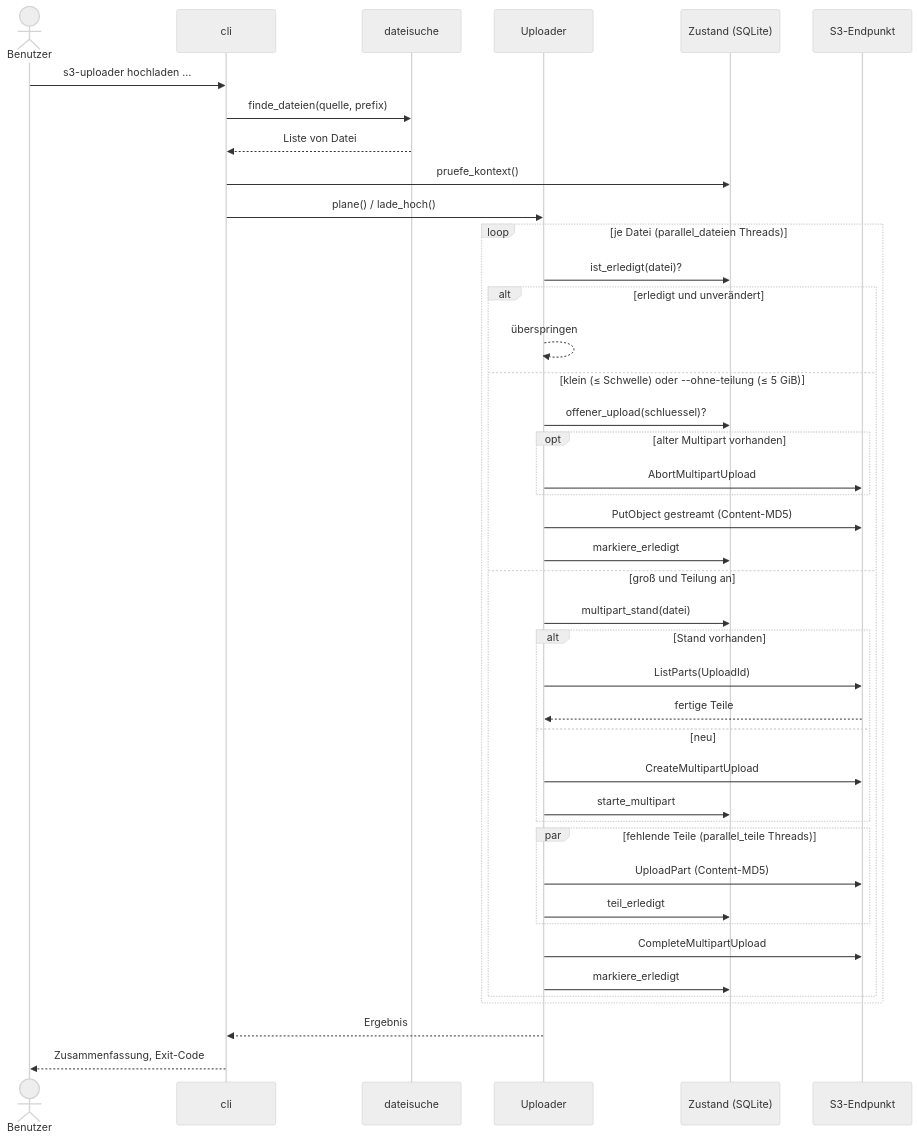
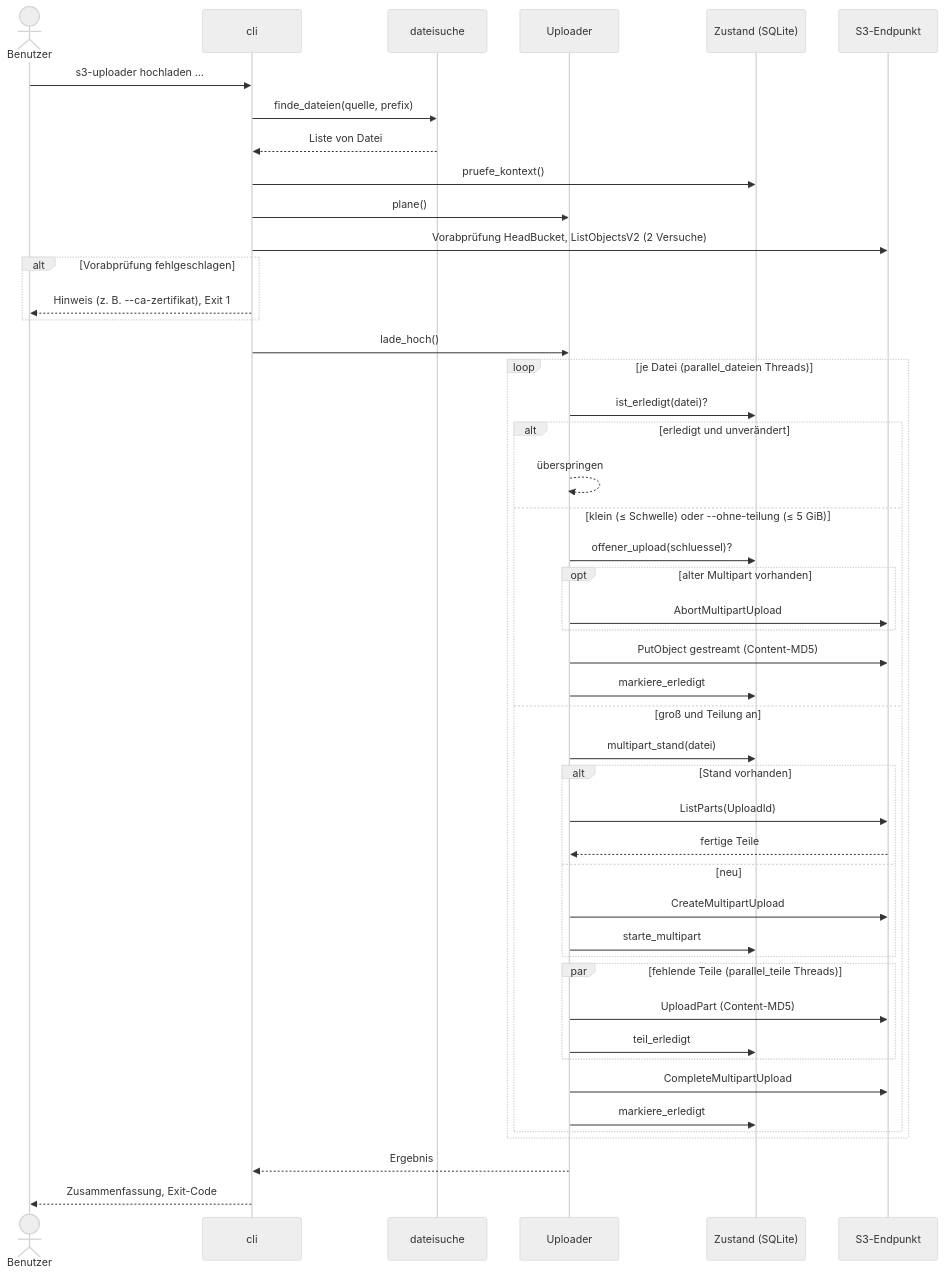
The third of 5 diagrams in docs/architektur.md (Weitenbummler/s3-uploader), drawn with Mermaid (neutral theme) before and after one commit. The commit also changed other lines of this file and 4 other files, not shown here.

````diff
--- a/docs/architektur.md
+++ b/docs/architektur.md
@@ -191,46 +192,51 @@
 ```mermaid
 sequenceDiagram
     actor Benutzer
     participant CLI as cli
     participant Suche as dateisuche
     participant U as Uploader
     participant Z as Zustand (SQLite)
     participant S3 as S3-Endpunkt
 
     Benutzer->>CLI: s3-uploader hochladen …
     CLI->>Suche: finde_dateien(quelle, prefix)
     Suche-->>CLI: Liste von Datei
     CLI->>Z: pruefe_kontext()
-    CLI->>U: plane() / lade_hoch()
+    CLI->>U: plane()
+    CLI->>S3: Vorabprüfung HeadBucket, ListObjectsV2 (2 Versuche)
+    alt Vorabprüfung fehlgeschlagen
+        CLI-->>Benutzer: Hinweis (z. B. --ca-zertifikat), Exit 1
+    end
+    CLI->>U: lade_hoch()
 
     loop je Datei (parallel_dateien Threads)
         U->>Z: ist_erledigt(datei)?
         alt erledigt und unverändert
             U-->>U: überspringen
         else klein (≤ Schwelle) oder --ohne-teilung (≤ 5 GiB)
             U->>Z: offener_upload(schluessel)?
             opt alter Multipart vorhanden
                 U->>S3: AbortMultipartUpload
             end
             U->>S3: PutObject gestreamt (Content-MD5)
             U->>Z: markiere_erledigt
         else groß und Teilung an
             U->>Z: multipart_stand(datei)
             alt Stand vorhanden
                 U->>S3: ListParts(UploadId)
                 S3-->>U: fertige Teile
             else neu
                 U->>S3: CreateMultipartUpload
                 U->>Z: starte_multipart
             end
             par fehlende Teile (parallel_teile Threads)
                 U->>S3: UploadPart (Content-MD5)
                 U->>Z: teil_erledigt
             end
             U->>S3: CompleteMultipartUpload
             U->>Z: markiere_erledigt
         end
     end
     U-->>CLI: Ergebnis
     CLI-->>Benutzer: Zusammenfassung, Exit-Code
 ```
````
